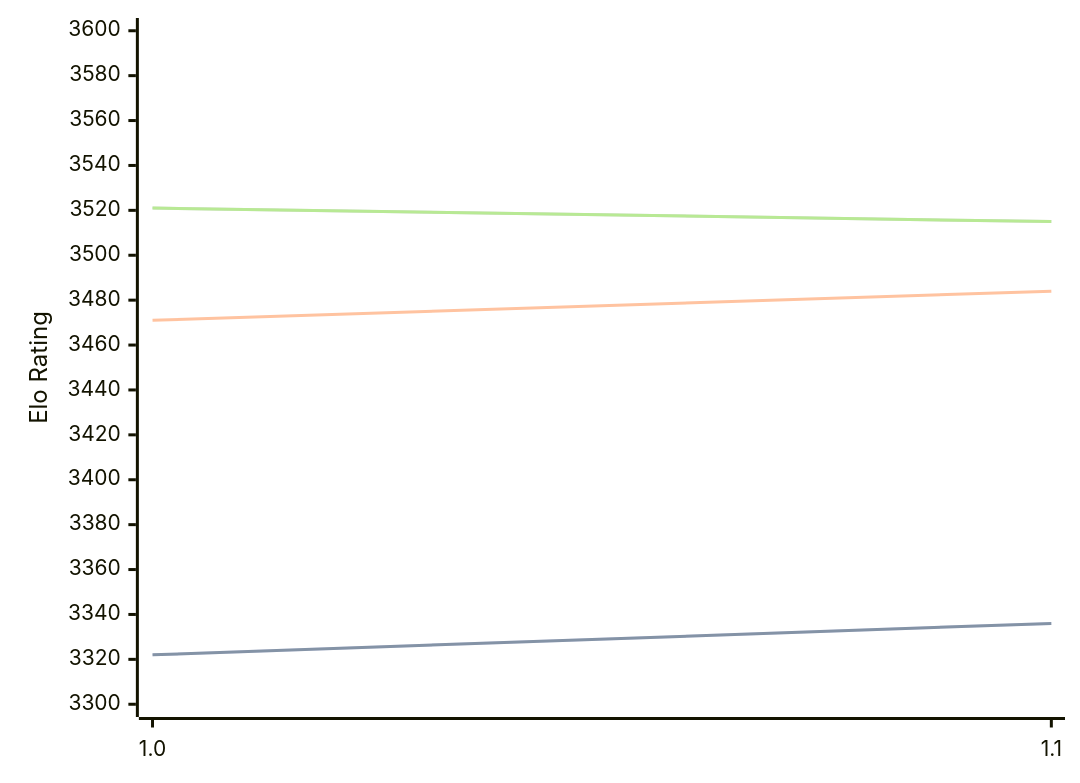
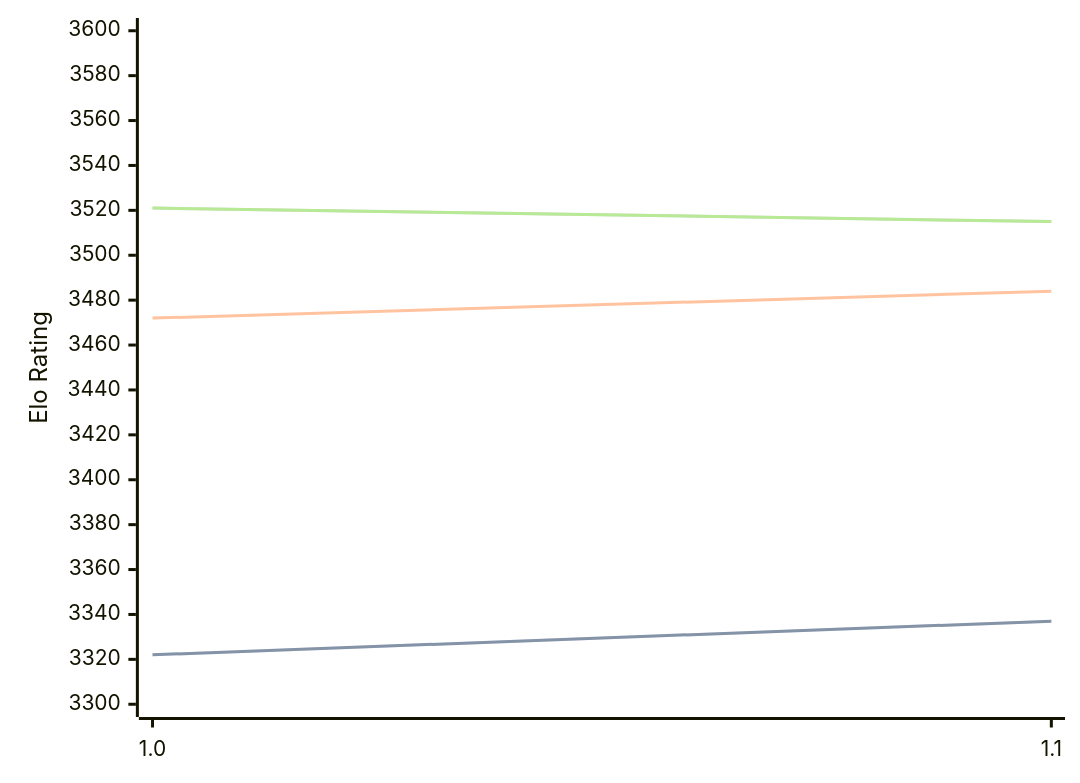
One commit to computer-chess-index/cci changed the first of 3 diagrams in engines/Horsie.md. Above: the diagram before and after it, drawn with Mermaid. The commit also changed other lines of this file, not shown here.

````diff
--- a/engines/Horsie.md
+++ b/engines/Horsie.md
@@ -32,11 +32,11 @@
 ```mermaid
 %%{init: {"theme":"base","themeVariables":{"seriesColors:['#a3a3a3','#222221','#faa371']}}}%%
 xychart-beta
   x-axis ["1.0", "1.1"]
   y-axis "Elo Rating" 3300 --> 3600
-  line "STC (8.0+0.08s)" [3322, 3336]
-  line "STC (8.0+0.08s)" [3322, 3336]
-  line "LTC (60.0+0.60s)" [3471, 3484]
+  line "STC (8.0+0.08s)" [3322, 3337]
+  line "STC (8.0+0.08s)" [3322, 3337]
+  line "LTC (60.0+0.60s)" [3472, 3484]
   line "VLTC (2m24s+1.12s)" [3521, 3515]
   line "VLTC (2m24s+1.12s)" [3521, 3515]
 ```
````
